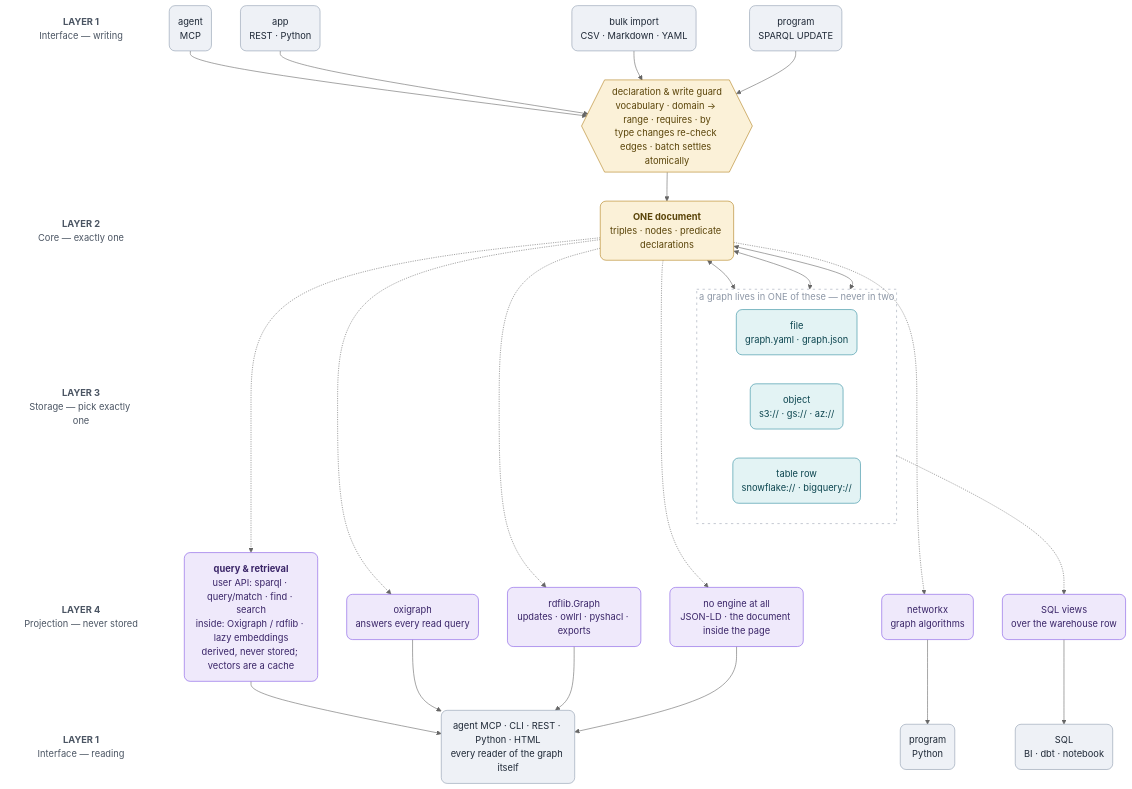
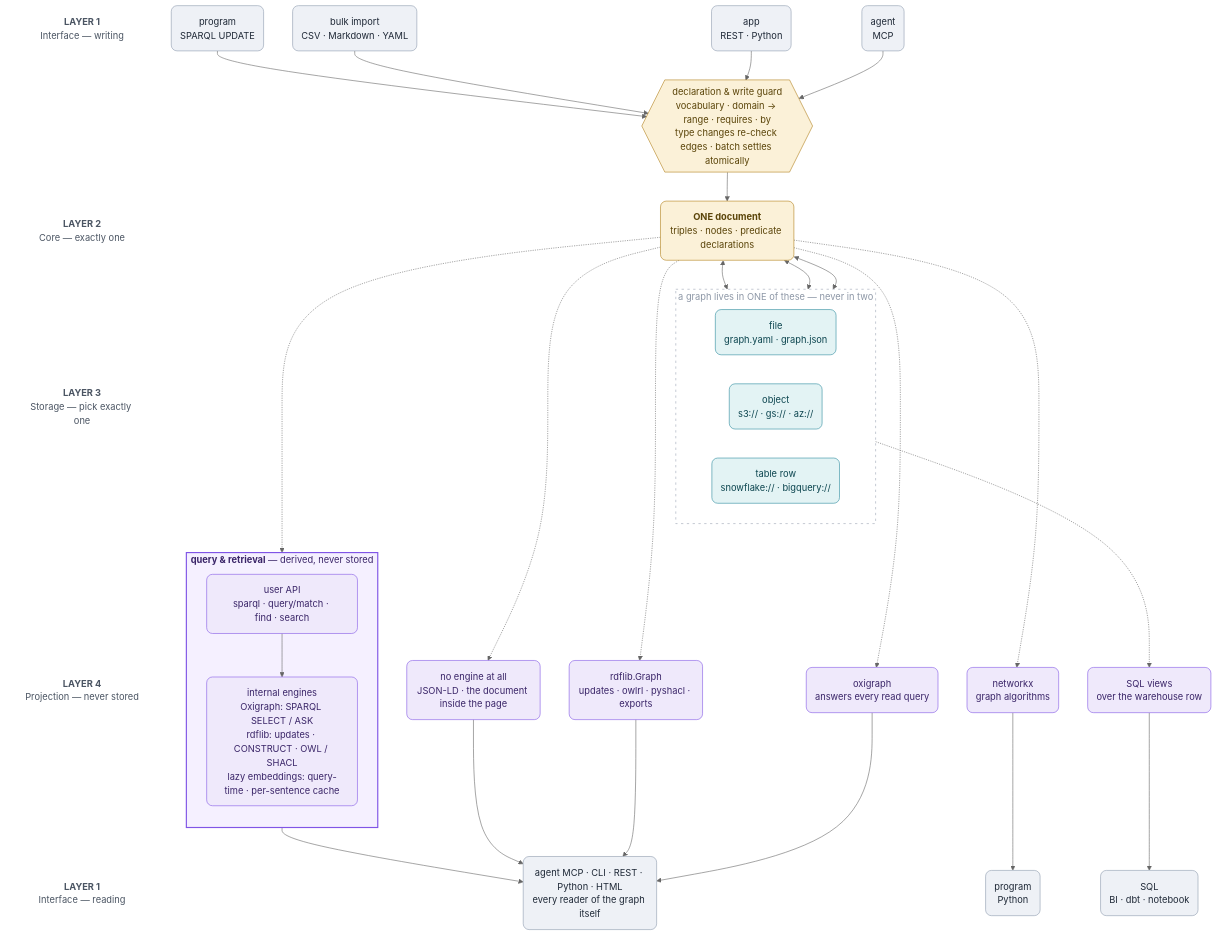
The diagram in docs/ARCHITECTURE.md (RyutoYoda/trikedb), drawn with Mermaid (neutral theme) before and after one commit. The commit also changed 2 other files, not shown here.

Commit message:
docs: nest query APIs and engines visually

````diff
--- a/docs/ARCHITECTURE.md
+++ b/docs/ARCHITECTURE.md
@@ -7,69 +7,75 @@
 ```mermaid
 flowchart TB
     LA["<b>LAYER 1</b><br/>Interface — writing"]
     LG[" "]
     LB["<b>LAYER 2</b><br/>Core — exactly one"]
     LC["<b>LAYER 3</b><br/>Storage — pick exactly one"]
     LD["<b>LAYER 4</b><br/>Projection — never stored"]
     LE["<b>LAYER 1</b><br/>Interface — reading"]
     LA ~~~ LG ~~~ LB ~~~ LC ~~~ LD ~~~ LE
 
     WA("agent<br/>MCP")
     WC("app<br/>REST · Python")
     WI("bulk import<br/>CSV · Markdown · YAML")
     WP("program<br/>SPARQL UPDATE")
     G{{"declaration & write guard<br/>vocabulary · domain → range · requires · by<br/>type changes re-check edges · batch settles atomically"}}
     C("<b>ONE document</b><br/>triples · nodes · predicate declarations")
     subgraph pick["a graph lives in ONE of these — never in two"]
         direction LR
         SF("file<br/>graph.yaml · graph.json")
         SO("object<br/>s3:// · gs:// · az://")
         SW("table row<br/>snowflake:// · bigquery://")
     end
     PO("oxigraph<br/>answers every read query")
     PR("rdflib.Graph<br/>updates · owlrl · pyshacl · exports")
     PN("networkx<br/>graph algorithms")
     PV("SQL views<br/>over the warehouse row")
     PD("no engine at all<br/>JSON-LD · the document inside the page")
-    Q("<b>query & retrieval</b><br/>user API: sparql · query/match · find · search<br/>inside: Oxigraph / rdflib · lazy embeddings<br/>derived, never stored; vectors are a cache")
+    subgraph query["<b>query & retrieval</b> — derived, never stored"]
+        direction TB
+        QAPI["user API<br/>sparql · query/match · find · search"]
+        QENG["internal engines<br/>Oxigraph: SPARQL SELECT / ASK<br/>rdflib: updates · CONSTRUCT · OWL / SHACL<br/>lazy embeddings: query-time · per-sentence cache"]
+        QAPI --> QENG
+    end
     RQ("agent MCP · CLI · REST · Python · HTML<br/>every reader of the graph itself")
     RG("program<br/>Python")
     RS("SQL<br/>BI · dbt · notebook")
 
     WA --> G
     WC --> G
     WI --> G
     WP --> G
     G --> C
     C <--> SF
     C <--> SO
     C <--> SW
     SF ~~~ PO
     SF ~~~ PR
     SO ~~~ PN
     SW -.-> PV
     SW ~~~ PD
     C -.-> PO
     C -.-> PR
     C -.-> PN
     C -.-> PD
-    C -.-> Q
-    Q --> RQ
+    C -.-> QAPI
+    QENG --> RQ
     PO --> RQ
     PR --> RQ
     PN --> RG
     PV --> RS
     PD --> RQ
 
     style pick fill:none,stroke:#9aa4b3,stroke-width:1px,stroke-dasharray:4 6,color:#8d97a6
+    style query fill:#f5f0ff,stroke:#8055e6,stroke-width:2px,color:#3a2568
     classDef lbl fill:none,stroke:none,color:#4b5563
     classDef iface fill:#eef1f6,stroke:#8d9aad,color:#1f2937,rx:10,ry:10
     classDef core fill:#fbf1d8,stroke:#b07d17,color:#5a4409,rx:10,ry:10
     classDef store fill:#e3f3f4,stroke:#2b8a9c,color:#0c454f,rx:10,ry:10
     classDef proj fill:#efe9fb,stroke:#8055e6,color:#3a2568,rx:10,ry:10
     class LA,LG,LB,LC,LD,LE lbl
     class WA,WC,WI,WP,RQ,RG,RS iface
     class C,G core
     class SF,SO,SW store
-    class PO,PR,PN,PV,PD,Q proj
+    class PO,PR,PN,PV,PD,QAPI,QENG proj
 ```
````
